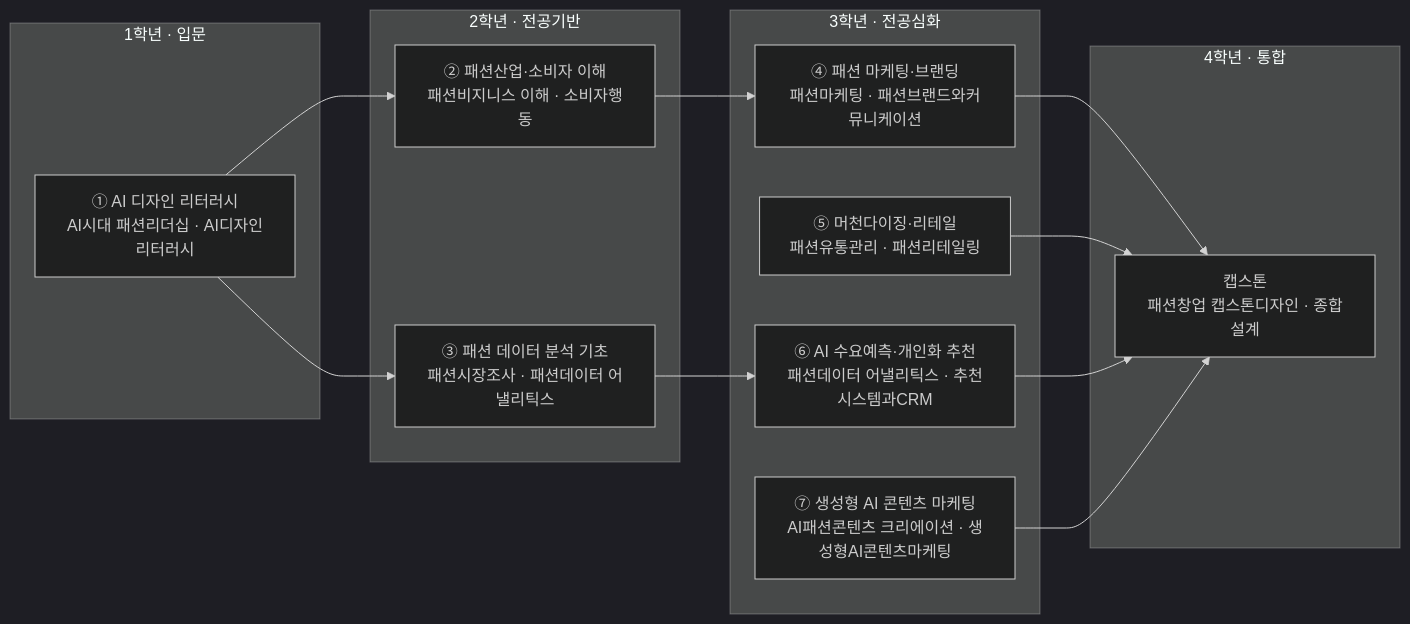
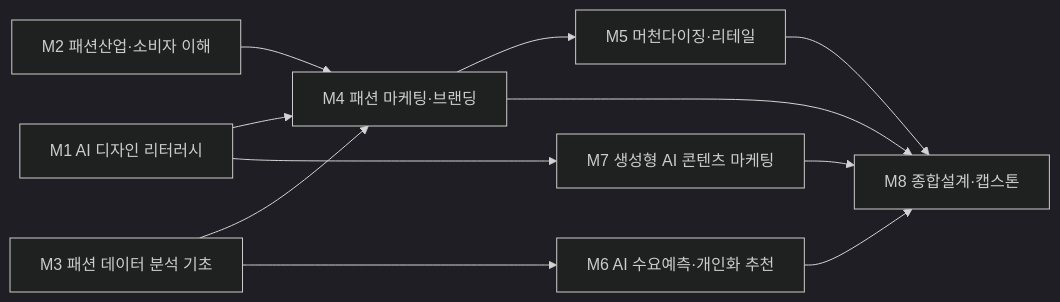
Before and after one commit to parclab-hsu/ai-curriculum-2026: the diagram in docs/design/fashion-marketing.md, drawn with Mermaid (dark theme). The commit also changed other lines of this file and 22 other files, not shown here.

````diff
--- a/docs/design/fashion-marketing.md
+++ b/docs/design/fashion-marketing.md
@@ -104,27 +118,13 @@
 ```mermaid
 flowchart LR
-  subgraph Y1["1학년 · 입문"]
-    A0["① AI 디자인 리터러시<br/>AI시대 패션리더십 · AI디자인리터러시"]
-  end
-  subgraph Y2["2학년 · 전공기반"]
-    M2["② 패션산업·소비자 이해<br/>패션비지니스 이해 · 소비자행동"]
-    M3["③ 패션 데이터 분석 기초<br/>패션시장조사 · 패션데이터 어낼리틱스"]
-  end
-  subgraph Y3["3학년 · 전공심화"]
-    M4["④ 패션 마케팅·브랜딩<br/>패션마케팅 · 패션브랜드와커뮤니케이션"]
-    M5["⑤ 머천다이징·리테일<br/>패션유통관리 · 패션리테일링"]
-    M6["⑥ AI 수요예측·개인화 추천<br/>패션데이터 어낼리틱스 · 추천시스템과CRM"]
-    M7["⑦ 생성형 AI 콘텐츠 마케팅<br/>AI패션콘텐츠 크리에이션 · 생성형AI콘텐츠마케팅"]
-  end
-  subgraph Y4["4학년 · 통합"]
-    CAP["캡스톤<br/>패션창업 캡스톤디자인 · 종합설계"]
-  end
-  A0 --> M2
-  A0 --> M3
-  M2 --> M4
-  M3 --> M6
-  M4 --> CAP
-  M5 --> CAP
-  M6 --> CAP
-  M7 --> CAP
+  M1["M1 AI 디자인 리터러시"] --> M4["M4 패션 마케팅·브랜딩"]
+  M2["M2 패션산업·소비자 이해"] --> M4
+  M3["M3 패션 데이터 분석 기초"] --> M4
+  M3 --> M6["M6 AI 수요예측·개인화 추천"]
+  M4 --> M5["M5 머천다이징·리테일"]
+  M1 --> M7["M7 생성형 AI 콘텐츠 마케팅"]
+  M4 --> M8["M8 종합설계·캡스톤"]
+  M5 --> M8
+  M6 --> M8
+  M7 --> M8
 ```
````
